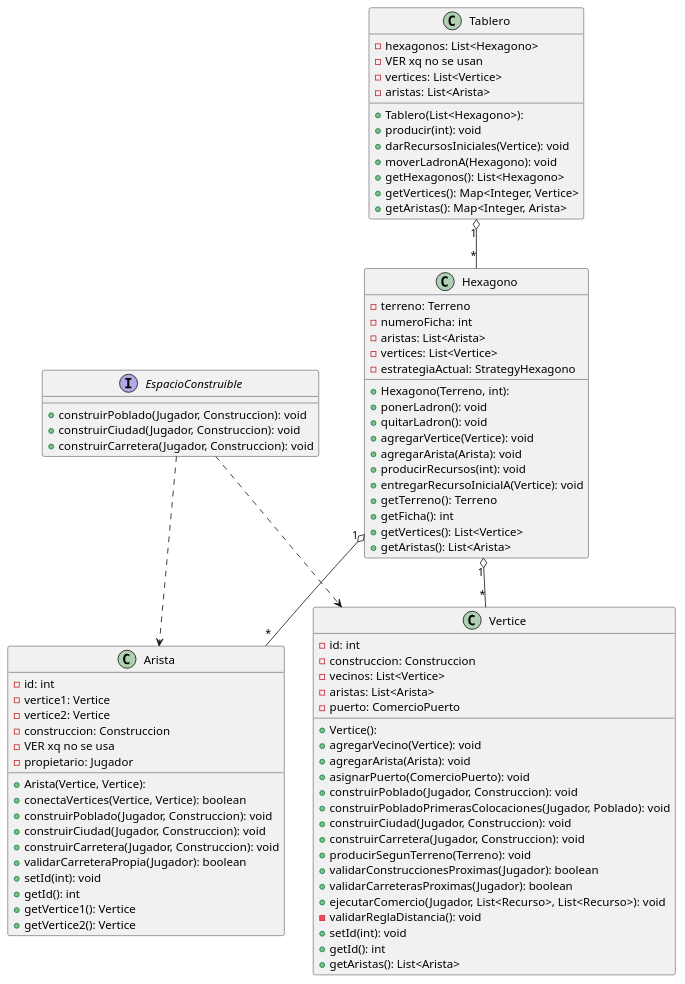
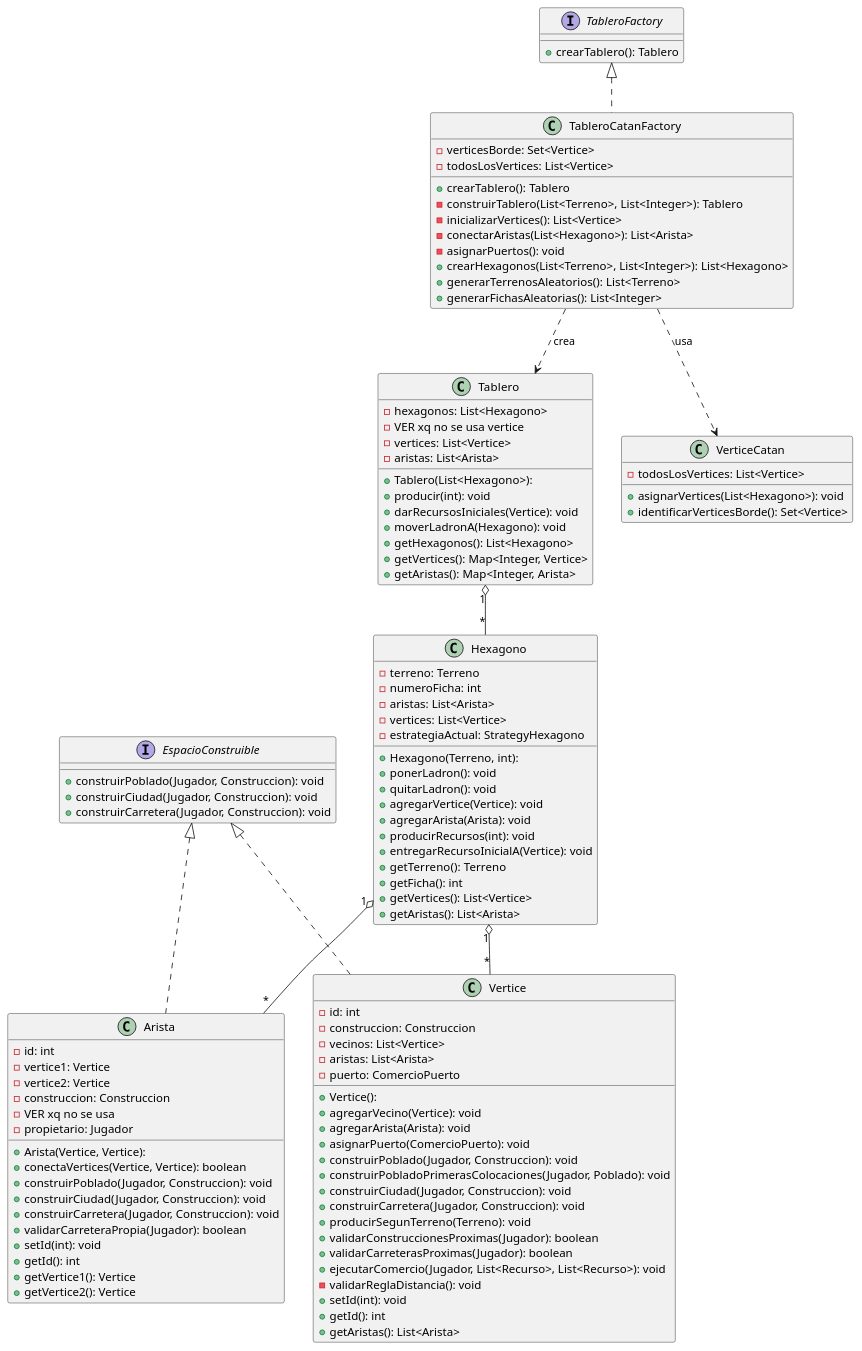
Before and after one commit to ValeSolArroyo/TP2-Catan: the diagram in diagrams/classes/tablero.puml, drawn with PlantUML. The commit also changed 6 other files, not shown here.

Commit message:
mas diagramas

```diff
--- a/diagrams/classes/tablero.puml
+++ b/diagrams/classes/tablero.puml
@@ -1,87 +1,115 @@
-@startuml
+@startuml Tablero
 
 class Arista {
   - id: int
   - vertice1: Vertice
   - vertice2: Vertice
   - construccion: Construccion
   - VER xq no se usa
-  - propietario: Jugador  
-  + Arista(Vertice, Vertice): 
+  - propietario: Jugador
+  + Arista(Vertice, Vertice):
   + conectaVertices(Vertice, Vertice): boolean
   + construirPoblado(Jugador, Construccion): void
   + construirCiudad(Jugador, Construccion): void
   + construirCarretera(Jugador, Construccion): void
   + validarCarreteraPropia(Jugador): boolean
   + setId(int): void
   + getId(): int
   + getVertice1(): Vertice
   + getVertice2(): Vertice
 }
 interface EspacioConstruible {
   + construirPoblado(Jugador, Construccion): void
   + construirCiudad(Jugador, Construccion): void
   + construirCarretera(Jugador, Construccion): void
 }
 class Hexagono {
   - terreno: Terreno
   - numeroFicha: int
   - aristas: List<Arista>
   - vertices: List<Vertice>
   - estrategiaActual: StrategyHexagono
-  + Hexagono(Terreno, int): 
+  + Hexagono(Terreno, int):
   + ponerLadron(): void
   + quitarLadron(): void
   + agregarVertice(Vertice): void
   + agregarArista(Arista): void
   + producirRecursos(int): void
   + entregarRecursoInicialA(Vertice): void
   + getTerreno(): Terreno
   + getFicha(): int
   + getVertices(): List<Vertice>
   + getAristas(): List<Arista>
 }
 class Tablero {
   - hexagonos: List<Hexagono>
-  - VER xq no se usan
+  - VER xq no se usa vertice
   - vertices: List<Vertice>
   - aristas: List<Arista>
-  + Tablero(List<Hexagono>): 
+  + Tablero(List<Hexagono>):
   + producir(int): void
   + darRecursosIniciales(Vertice): void
   + moverLadronA(Hexagono): void
   + getHexagonos(): List<Hexagono>
   + getVertices(): Map<Integer, Vertice>
   + getAristas(): Map<Integer, Arista>
 }
 class Vertice {
   - id: int
   - construccion: Construccion
   - vecinos: List<Vertice>
   - aristas: List<Arista>
   - puerto: ComercioPuerto
-  + Vertice(): 
+  + Vertice():
   + agregarVecino(Vertice): void
   + agregarArista(Arista): void
   + asignarPuerto(ComercioPuerto): void
   + construirPoblado(Jugador, Construccion): void
   + construirPobladoPrimerasColocaciones(Jugador, Poblado): void
   + construirCiudad(Jugador, Construccion): void
   + construirCarretera(Jugador, Construccion): void
   + producirSegunTerreno(Terreno): void
   + validarConstruccionesProximas(Jugador): boolean
   + validarCarreterasProximas(Jugador): boolean
   + ejecutarComercio(Jugador, List<Recurso>, List<Recurso>): void
   - validarReglaDistancia(): void
   + setId(int): void
   + getId(): int
   + getAristas(): List<Arista>
 }
 
-EspacioConstruible ..> Arista
-EspacioConstruible ..> Vertice
+
+interface TableroFactory {
+  + crearTablero(): Tablero
+}
+
+class TableroCatanFactory implements TableroFactory {
+  - verticesBorde: Set<Vertice>
+  - todosLosVertices: List<Vertice>
+  + crearTablero(): Tablero
+  - construirTablero(List<Terreno>, List<Integer>): Tablero
+  - inicializarVertices(): List<Vertice>
+  - conectarAristas(List<Hexagono>): List<Arista>
+  - asignarPuertos(): void
+  + crearHexagonos(List<Terreno>, List<Integer>): List<Hexagono>
+  + generarTerrenosAleatorios(): List<Terreno>
+  + generarFichasAleatorias(): List<Integer>
+}
+
+class VerticeCatan {
+  - todosLosVertices: List<Vertice>
+  + asignarVertices(List<Hexagono>): void
+  + identificarVerticesBorde(): Set<Vertice>
+}
+
+EspacioConstruible <|.. Arista
+EspacioConstruible <|.. Vertice
+
 Tablero "1" o-- "*" Hexagono
 Hexagono "1" o-- "*" Vertice
 Hexagono "1" o-- "*" Arista
 
+TableroCatanFactory ..> Tablero : "crea"
+TableroCatanFactory ..> VerticeCatan : "usa"
+
 @enduml
```
